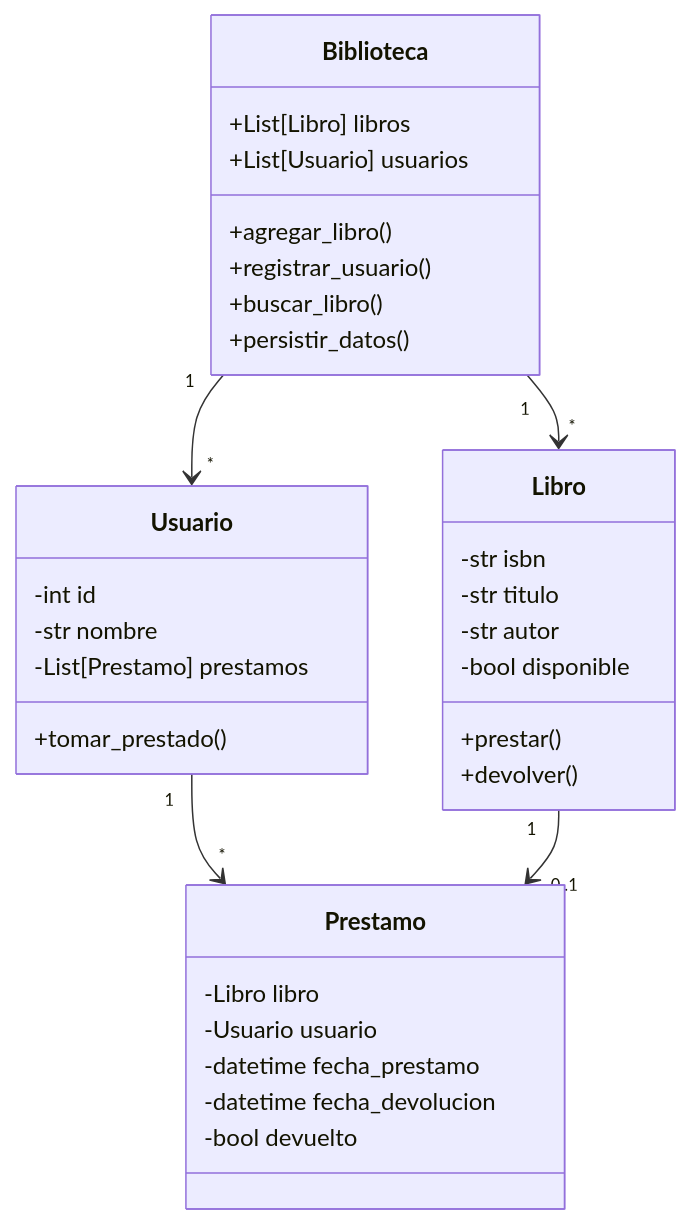
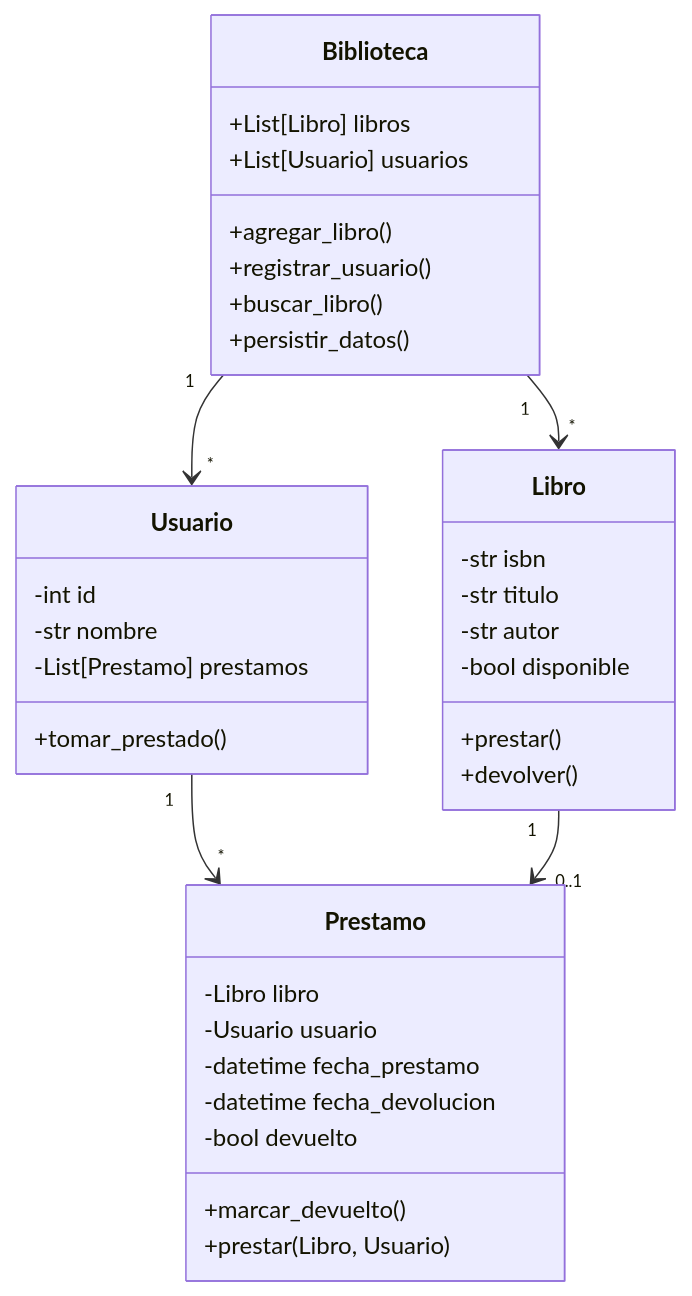
Before and after one commit to nahuelito2424/AOO: the fifth of 5 diagrams in 1-01-Analisis_orientado_a_objetos_y_su_diferencia_con_el_analisis_estructurado.md, drawn with Mermaid.

````diff
--- a/1-01-Analisis_orientado_a_objetos_y_su_diferencia_con_el_analisis_estructurado.md
+++ b/1-01-Analisis_orientado_a_objetos_y_su_diferencia_con_el_analisis_estructurado.md
@@ -215,40 +215,42 @@
 ```mermaid
 classDiagram
     class Biblioteca {
         +List[Libro] libros
         +List[Usuario] usuarios
         +agregar_libro()
         +registrar_usuario()
         +buscar_libro()
         +persistir_datos()
     }
     
     class Libro {
         -str isbn
         -str titulo
         -str autor
         -bool disponible
         +prestar()
         +devolver()
     }
     
     class Usuario {
         -int id
         -str nombre
         -List[Prestamo] prestamos
         +tomar_prestado()
     }
     
     class Prestamo {
         -Libro libro
         -Usuario usuario
         -datetime fecha_prestamo
         -datetime fecha_devolucion
         -bool devuelto
+        +marcar_devuelto()
+        +prestar(Libro, Usuario)
     }
     
     Biblioteca "1" --> "*" Libro
     Biblioteca "1" --> "*" Usuario
     Usuario "1" --> "*" Prestamo
     Libro "1" --> "0..1" Prestamo
 ```
````
